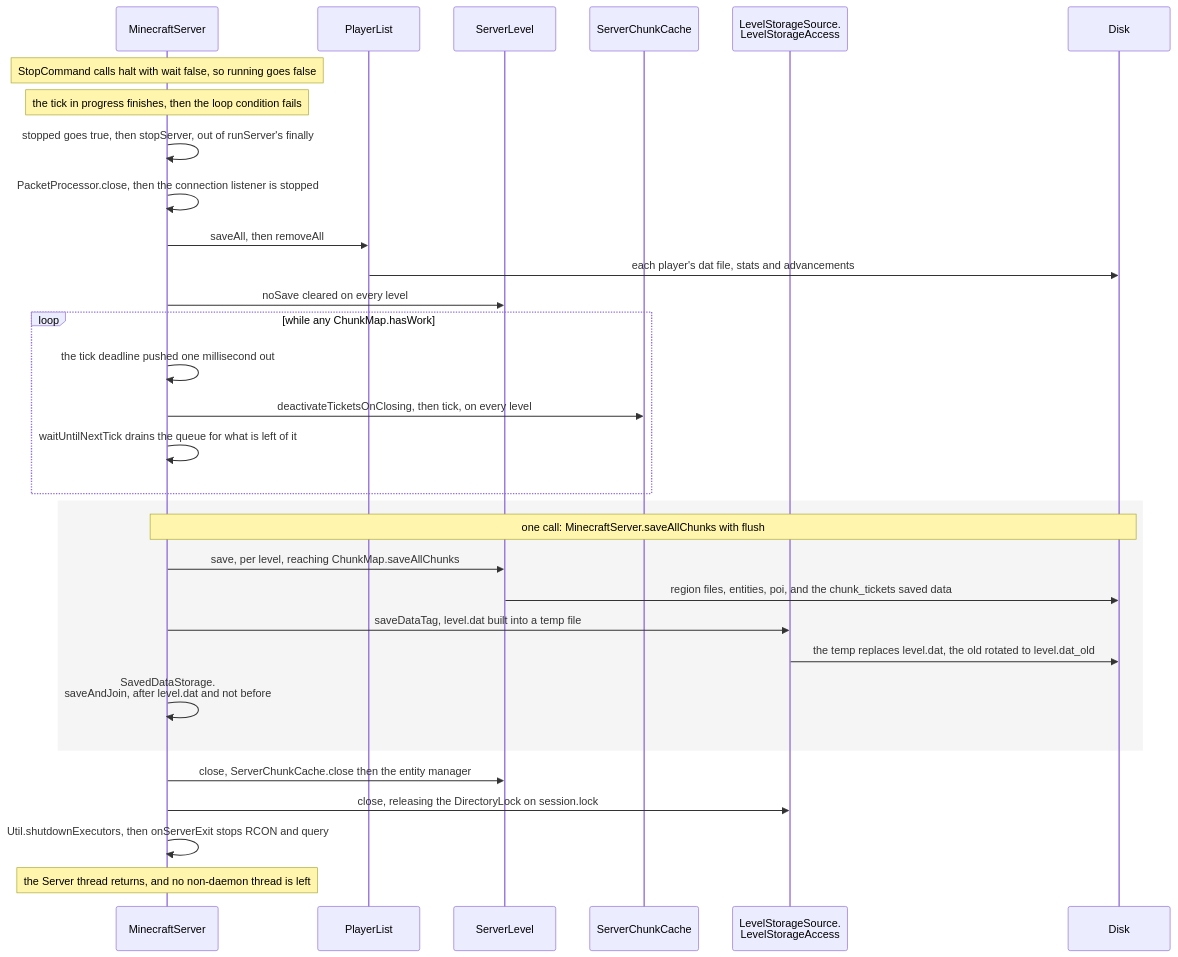
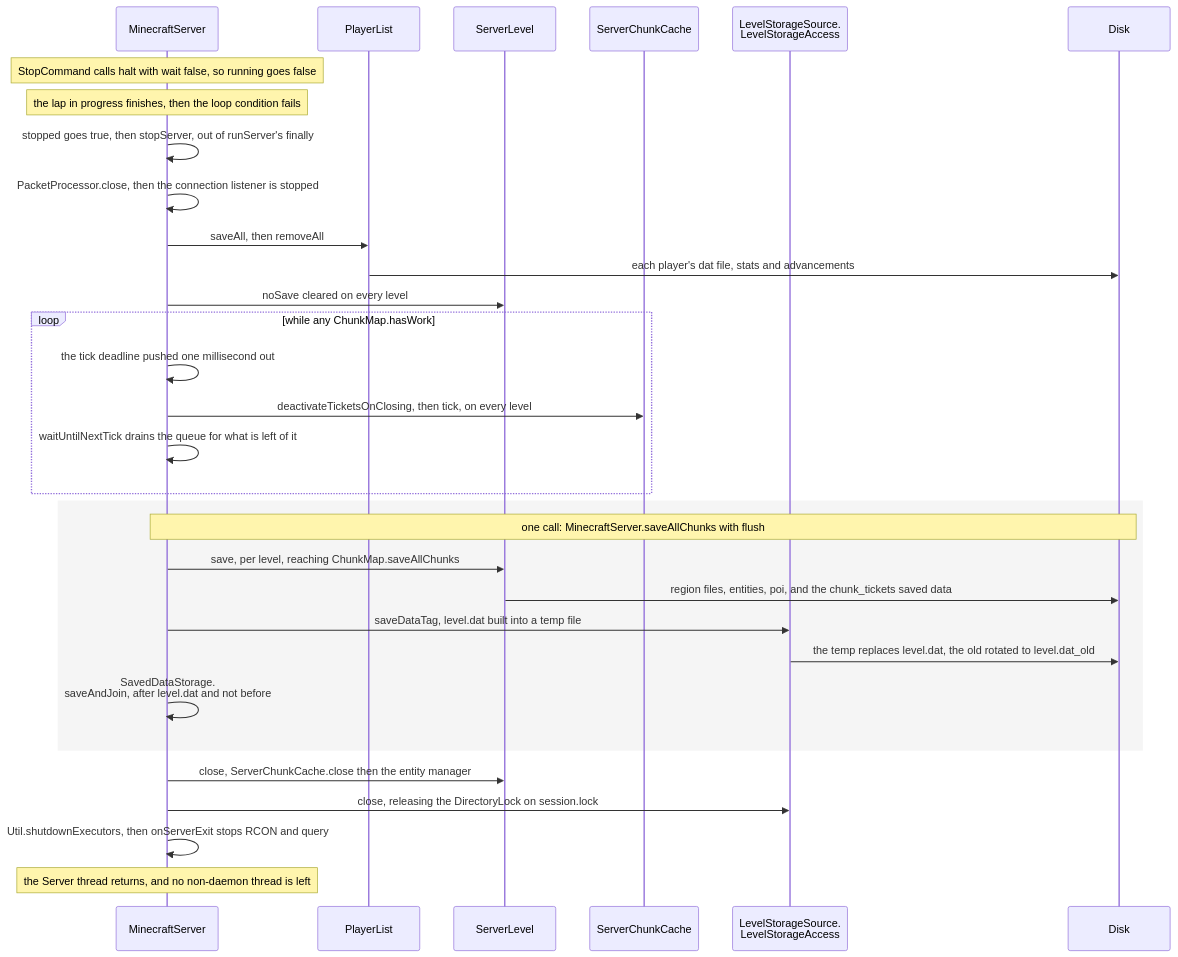
One commit to AlexanderjFraser/MinecraftDocs changed the first of 2 diagrams in src/systems/server/how-a-server-dies.md. Above: the diagram before and after it, drawn with Mermaid. The commit also changed other lines of this file and 15 other files, not shown here.

````diff
--- a/src/systems/server/how-a-server-dies.md
+++ b/src/systems/server/how-a-server-dies.md
@@ -53,34 +53,34 @@
 ```mermaid
 sequenceDiagram
     participant MS as MinecraftServer
     participant PL as PlayerList
     participant SL as ServerLevel
     participant SCC as ServerChunkCache
     participant LSA as LevelStorageSource.<br/>LevelStorageAccess
     participant Disk
 
     Note over MS: StopCommand calls halt with wait false, so running goes false
-    Note over MS: the tick in progress finishes, then the loop condition fails
+    Note over MS: the lap in progress finishes, then the loop condition fails
     MS->>MS: stopped goes true, then stopServer, out of runServer's finally
     MS->>MS: PacketProcessor.close, then the connection listener is stopped
     MS->>PL: saveAll, then removeAll
     PL->>Disk: each player's dat file, stats and advancements
     MS->>SL: noSave cleared on every level
     loop while any ChunkMap.hasWork
         MS->>MS: the tick deadline pushed one millisecond out
         MS->>SCC: deactivateTicketsOnClosing, then tick, on every level
         MS->>MS: waitUntilNextTick drains the queue for what is left of it
     end
     rect rgba(0, 0, 0, 0.04)
         Note over MS,Disk: one call: MinecraftServer.saveAllChunks with flush
         MS->>SL: save, per level, reaching ChunkMap.saveAllChunks
         SL->>Disk: region files, entities, poi, and the chunk_tickets saved data
         MS->>LSA: saveDataTag, level.dat built into a temp file
         LSA->>Disk: the temp replaces level.dat, the old rotated to level.dat_old
         MS->>MS: SavedDataStorage.<br/>saveAndJoin, after level.dat and not before
     end
     MS->>SL: close, ServerChunkCache.close then the entity manager
     MS->>LSA: close, releasing the DirectoryLock on session.lock
     MS->>MS: Util.shutdownExecutors, then onServerExit stops RCON and query
     Note over MS: the Server thread returns, and no non-daemon thread is left
 ```
````
